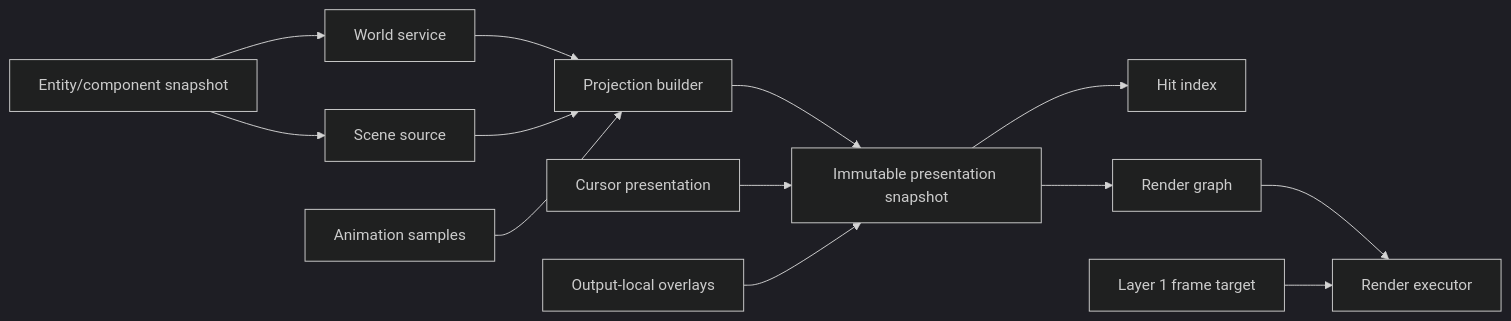
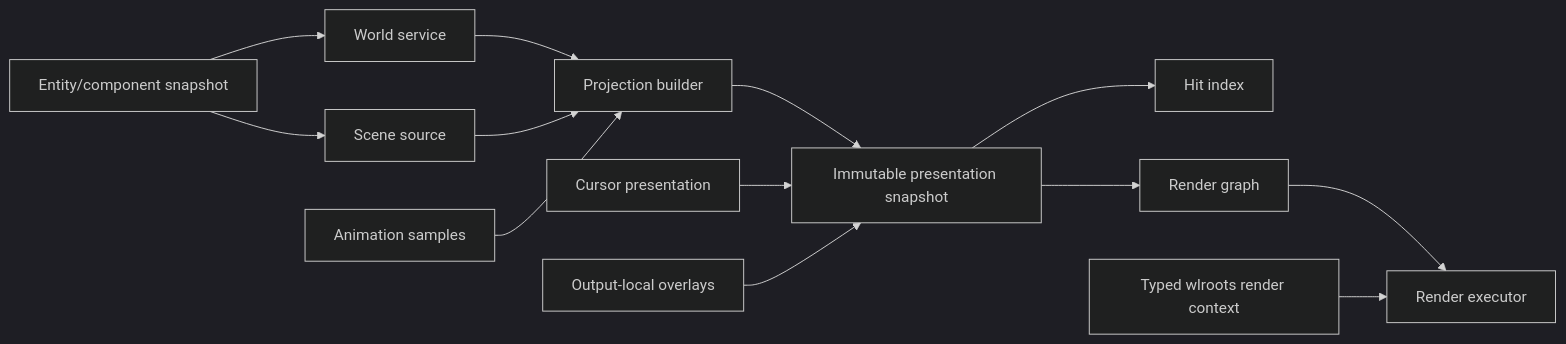
Before and after one commit to SeungheonOh/ataxia: diagram 12 of 20 in docs/LAYER-2-CLOS-DESIGN.md, drawn with Mermaid (dark theme). The commit also changed other lines of this file, not shown here.

````diff
--- a/docs/LAYER-2-CLOS-DESIGN.md
+++ b/docs/LAYER-2-CLOS-DESIGN.md
@@ -831,28 +833,28 @@
 ```mermaid
 flowchart LR
     ENT[Entity/component snapshot]
     WORLD[World service]
     SCENE[Scene source]
     ANIM[Animation samples]
     CURSOR[Cursor presentation]
     OVERLAY[Output-local overlays]
     PROJECT[Projection builder]
     SNAP[Immutable presentation snapshot]
     HIT[Hit index]
     GRAPH[Render graph]
     EXEC[Render executor]
-    TARGET[Layer 1 frame target]
+    TARGET[Typed wlroots render context]
 
     ENT --> SCENE
     ENT --> WORLD
     WORLD --> PROJECT
     SCENE --> PROJECT
     ANIM --> PROJECT
     PROJECT --> SNAP
     CURSOR --> SNAP
     OVERLAY --> SNAP
     SNAP --> HIT
     SNAP --> GRAPH
     GRAPH --> EXEC
     TARGET --> EXEC
 ```
````
